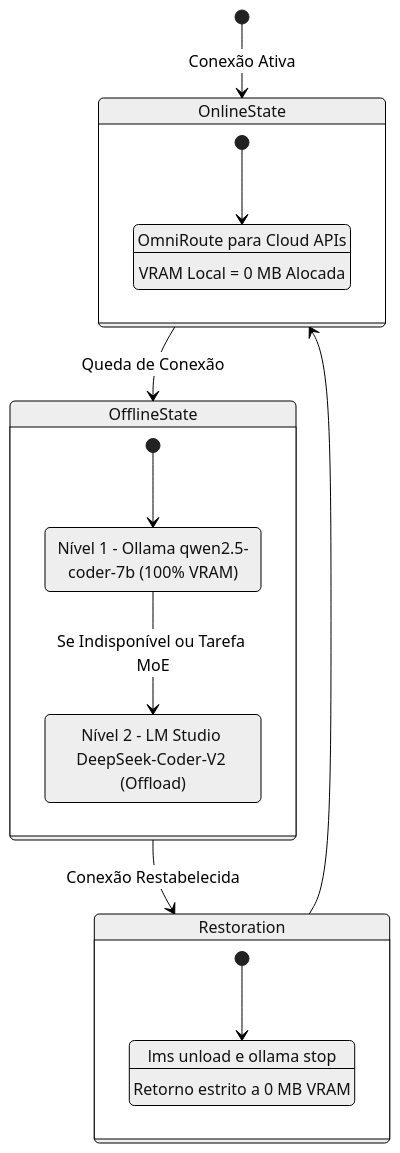
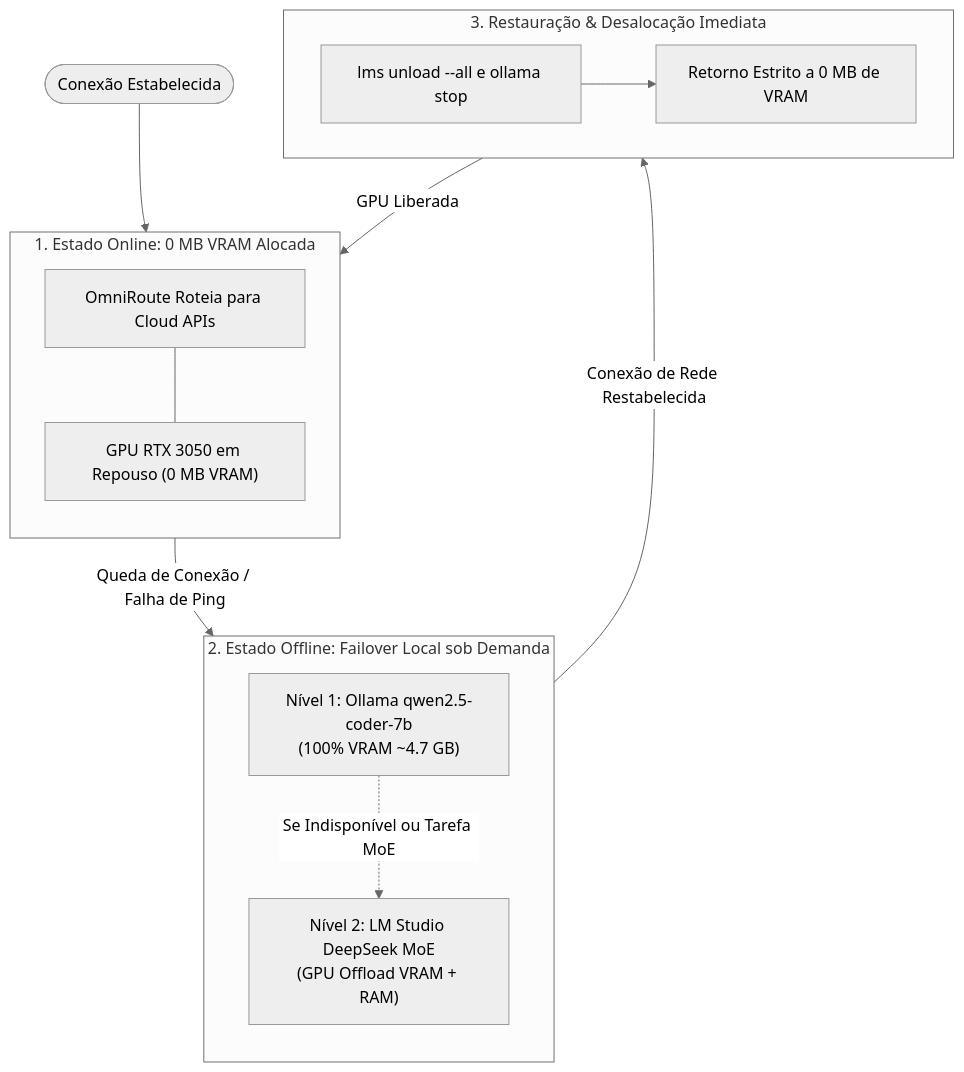
The sixth of 6 diagrams in README.md (EnterDufter/PromptCoreLabs_AEOS), drawn with Mermaid (neutral theme) before and after one commit. The commit also changed other lines of this file and 3 other files, not shown here.

Commit message:
fix: harmonize state diagram scale with inference flowchart, fix PNG thumbnails in Fase 6 cards and update badge to 25 diagrams

````diff
--- a/README.md
+++ b/README.md
@@ -264,29 +264,30 @@
 ```mermaid
-stateDiagram-v2
-    [*] --> OnlineState : Conexão Ativa
-    
-    state OnlineState {
-        [*] --> CloudRouting
-        CloudRouting : OmniRoute para Cloud APIs
-        CloudRouting : VRAM Local = 0 MB Alocada
-    }
-    
-    OnlineState --> OfflineState : Queda de Conexão
-    
-    state OfflineState {
-        [*] --> FailoverNivel1
-        FailoverNivel1 : Nível 1 - Ollama qwen2.5-coder-7b (100% VRAM)
-        FailoverNivel1 --> FailoverNivel2 : Se Indisponível ou Tarefa MoE
-        FailoverNivel2 : Nível 2 - LM Studio DeepSeek-Coder-V2 (Offload)
-    }
-    
-    OfflineState --> Restoration : Conexão Restabelecida
-    
-    state Restoration {
-        [*] --> UnloadModels
-        UnloadModels : lms unload e ollama stop
-        UnloadModels : Retorno estrito a 0 MB VRAM
-    }
-    
-    Restoration --> OnlineState
+flowchart TD
+    Start([Conexão Estabelecida]) --> OnlineState
+
+    subgraph OnlineState [1. Estado Online: 0 MB VRAM Alocada]
+        direction TB
+        CloudRouting["OmniRoute Roteia para Cloud APIs"]
+        ZeroVRAM["GPU RTX 3050 em Repouso (0 MB VRAM)"]
+        CloudRouting --- ZeroVRAM
+    end
+
+    OnlineState -->|Queda de Conexão / Falha de Ping| OfflineState
+
+    subgraph OfflineState [2. Estado Offline: Failover Local sob Demanda]
+        direction TB
+        FailoverL1["Nível 1: Ollama qwen2.5-coder-7b<br>(100% VRAM ~4.7 GB)"]
+        FailoverL2["Nível 2: LM Studio DeepSeek MoE<br>(GPU Offload VRAM + RAM)"]
+        FailoverL1 -.->|Se Indisponível ou Tarefa MoE| FailoverL2
+    end
+
+    OfflineState -->|Conexão de Rede Restabelecida| Restoration
+
+    subgraph Restoration [3. Restauração & Desalocação Imediata]
+        UnloadModels["lms unload --all e ollama stop"]
+        ResetZero["Retorno Estrito a 0 MB de VRAM"]
+        UnloadModels --> ResetZero
+    end
+
+    Restoration -->|GPU Liberada| OnlineState
 ```
````
